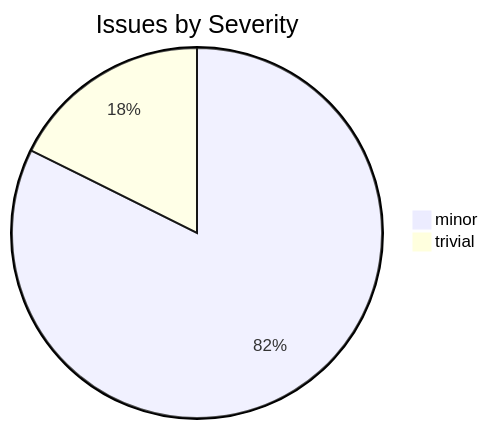
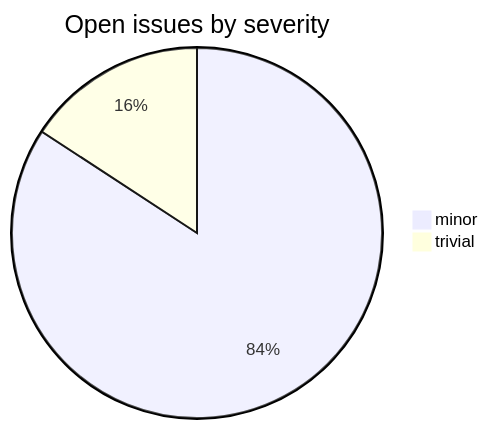
The second of 2 diagrams in README.md (sanskrit-lexicon/alternateheadwords), drawn with Mermaid before and after one commit. The commit also changed other lines of this file, not shown here.

````diff
--- a/README.md
+++ b/README.md
@@ -26,5 +38,5 @@
 ```mermaid
-pie title Issues by Severity
-    "minor" : 14
+pie title Open issues by severity
+    "minor" : 16
     "trivial" : 3
 ```
````
